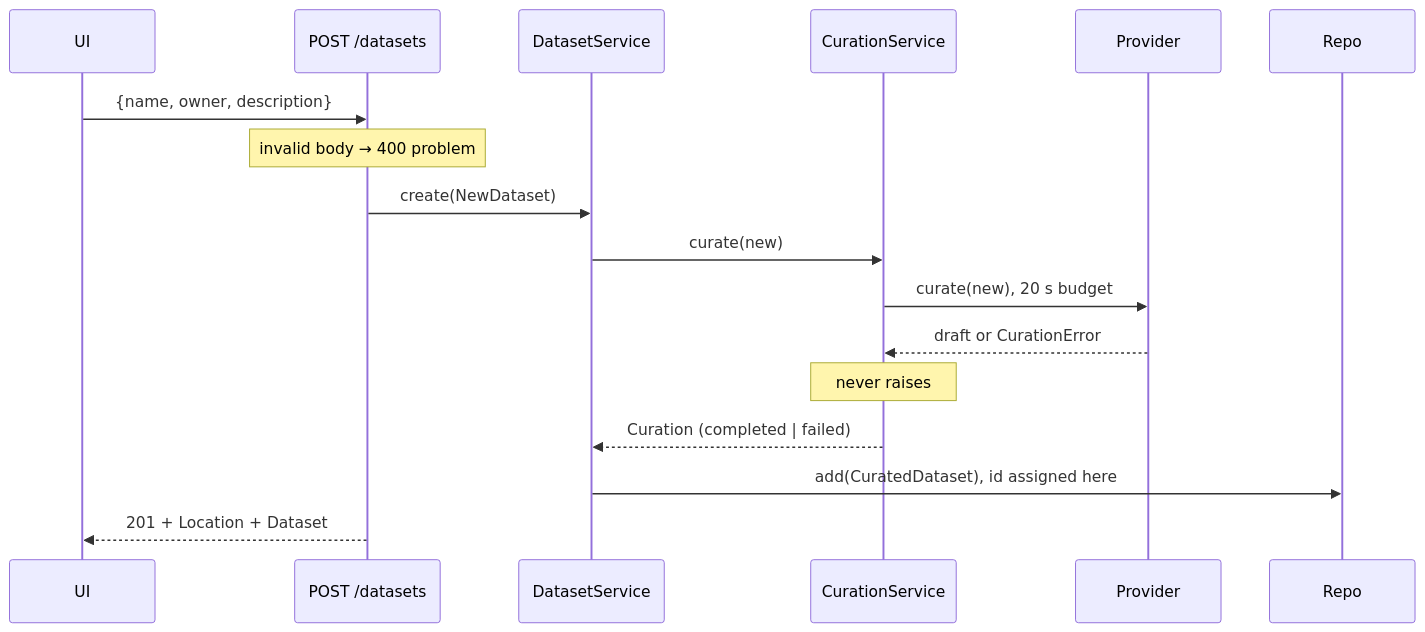
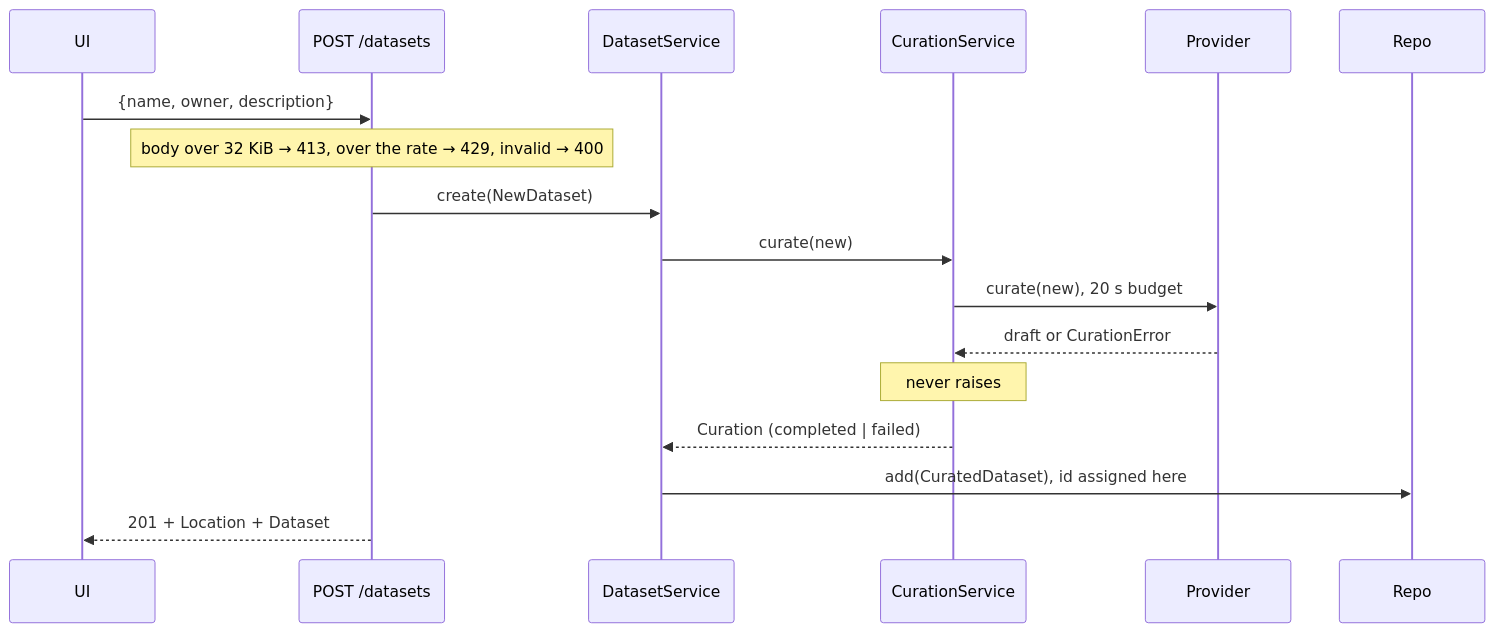
Before and after one commit to Umar--Khan/data-cat-app: the second of 2 diagrams in docs/architecture.md, drawn with Mermaid. The commit also changed other lines of this file and 24 other files, not shown here.

First line of the commit message:
feat(api): bound spend with a body limit, a create rate limit and a Claude cap

````diff
--- a/docs/architecture.md
+++ b/docs/architecture.md
@@ -24,19 +24,19 @@
 ```mermaid
 sequenceDiagram
   participant UI
   participant Route as POST /datasets
   participant DS as DatasetService
   participant CS as CurationService
   participant P as Provider
   participant Repo
   UI->>Route: {name, owner, description}
-  Note over Route: invalid body → 400 problem
+  Note over Route: body over 32 KiB → 413, over the rate → 429, invalid → 400
   Route->>DS: create(NewDataset)
   DS->>CS: curate(new)
   CS->>P: curate(new), 20 s budget
   P-->>CS: draft or CurationError
   Note over CS: never raises
   CS-->>DS: Curation (completed | failed)
   DS->>Repo: add(CuratedDataset), id assigned here
   Route-->>UI: 201 + Location + Dataset
 ```
````
